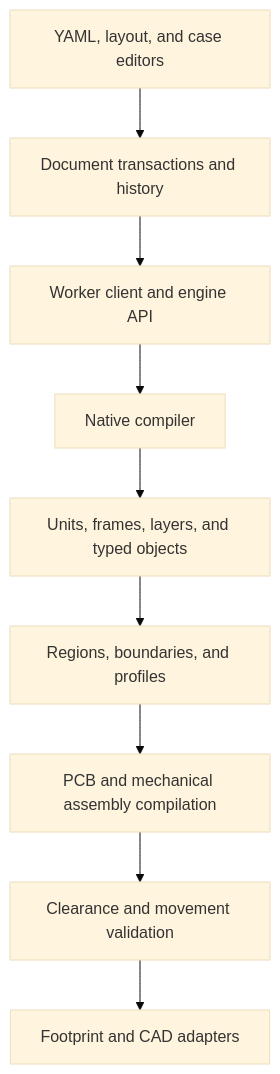
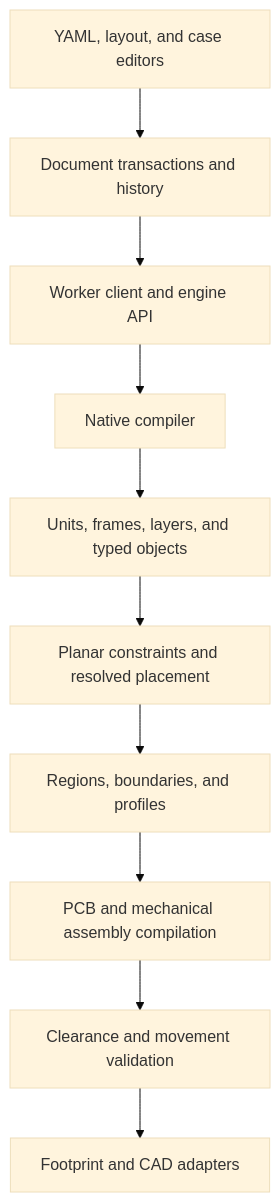
One commit to runinit/ergogen changed the diagram in docs/architecture.md. Above: the diagram before and after it, drawn with Mermaid (base theme). The commit also changed other lines of this file and 17 other files, not shown here.

````diff
--- a/docs/architecture.md
+++ b/docs/architecture.md
@@ -14,11 +14,12 @@
 ```mermaid
 flowchart TD
   UI[YAML, layout, and case editors] --> Edit[Document transactions and history]
   Edit --> Client[Worker client and engine API]
   Client --> Compiler[Native compiler]
   Compiler --> Scene[Units, frames, layers, and typed objects]
-  Scene --> Geometry[Regions, boundaries, and profiles]
+  Scene --> Solver[Planar constraints and resolved placement]
+  Solver --> Geometry[Regions, boundaries, and profiles]
   Geometry --> Assembly[PCB and mechanical assembly compilation]
   Assembly --> Checks[Clearance and movement validation]
   Checks --> Adapters[Footprint and CAD adapters]
 ```
````
